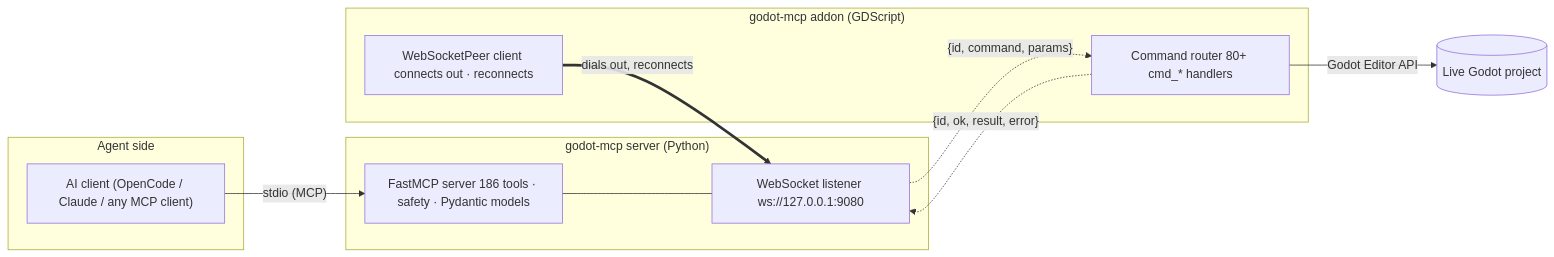
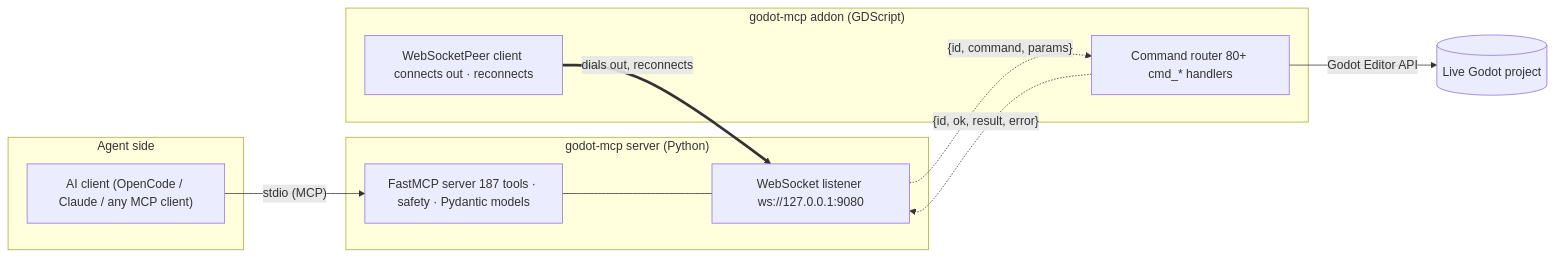
One commit to hybridindie/godot-mcp changed the diagram in docs/site/architecture/index.md. Above: the diagram before and after it, drawn with Mermaid. The commit also changed 24 other files, not shown here.

````diff
--- a/docs/site/architecture/index.md
+++ b/docs/site/architecture/index.md
@@ -14,21 +14,21 @@
 ```mermaid
 flowchart LR
     subgraph client["Agent side"]
         AI["AI client (OpenCode / Claude / any MCP client)"]
     end
     subgraph server["godot-mcp server (Python)"]
-        SRV["FastMCP server 186 tools · safety · Pydantic models"]
+        SRV["FastMCP server 187 tools · safety · Pydantic models"]
         BR["WebSocket listener ws://127.0.0.1:9080"]
     end
     subgraph addon["godot-mcp addon (GDScript)"]
         WS["WebSocketPeer client connects out · reconnects"]
         RT["Command router 80+ cmd_* handlers"]
     end
     ED[("Live Godot project")]
     AI -->|"stdio (MCP)"| SRV
     SRV --- BR
     WS ==>|"dials out, reconnects"| BR
     BR -.->|"{id, command, params}"| RT
     RT -->|"Godot Editor API"| ED
     RT -.->|"{id, ok, result, error}"| BR
 ```
````
